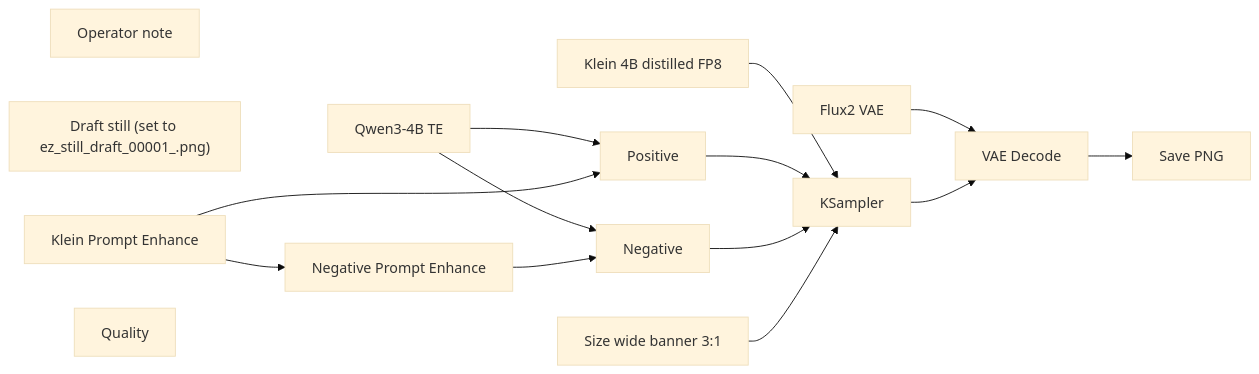
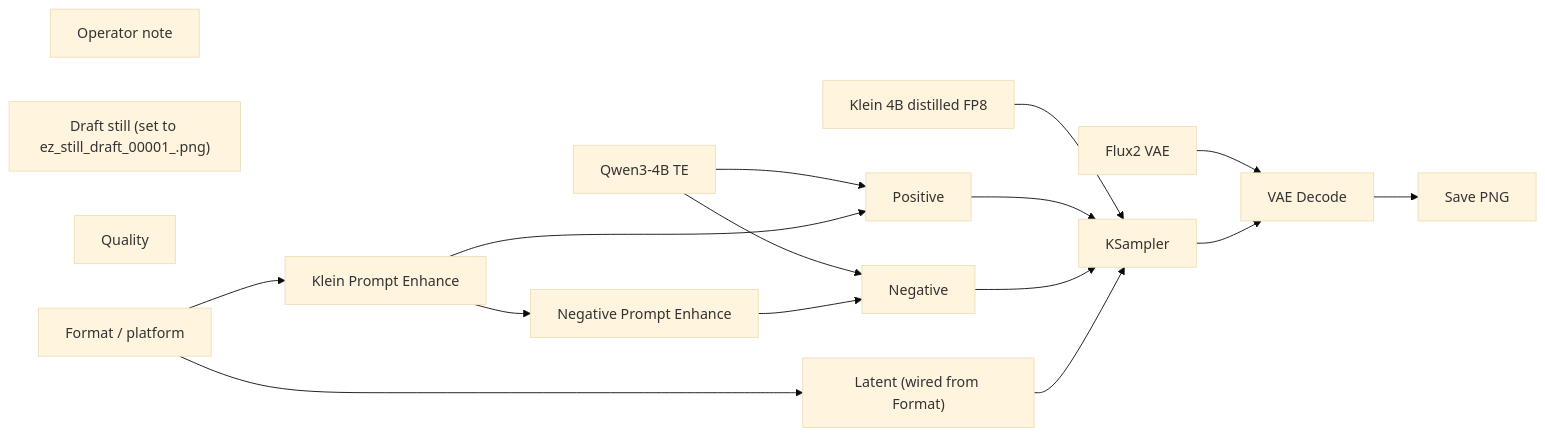
Before and after one commit to toxicoder/ez-comfy-stack: the diagram in docs/generated/workflows/klein/banner-wide.md, drawn with Mermaid (base theme). The commit also changed other lines of this file and 312 other files, not shown here.

First line of the commit message:
feat: Format / platform on Klein, Wan, and LTX Apps

````diff
--- a/docs/generated/workflows/klein/banner-wide.md
+++ b/docs/generated/workflows/klein/banner-wide.md
@@ -49,29 +51,32 @@
 ```mermaid
 flowchart LR
   N1["Klein 4B distilled FP8"]
   N2["Qwen3-4B TE"]
   N3["Flux2 VAE"]
   N4["Positive"]
   N5["Negative"]
-  N6["Size wide banner 3:1"]
+  N6["Latent (wired from Format)"]
   N7["KSampler"]
   N8["VAE Decode"]
   N9["Save PNG"]
   N10["Operator note"]
   N11["Draft still (set to ez_still_draft_00001_.png)"]
   N12["Klein Prompt Enhance"]
   N13["Negative Prompt Enhance"]
   N14["Quality"]
+  N15["Format / platform"]
   N1 --> N7
   N2 --> N4
   N2 --> N5
   N3 --> N8
   N4 --> N7
   N5 --> N7
   N6 --> N7
   N7 --> N8
   N8 --> N9
   N12 --> N4
   N12 --> N13
   N13 --> N5
+  N15 --> N6
+  N15 --> N12
 ```
````
